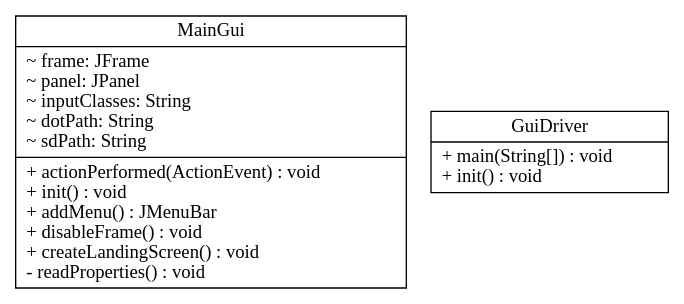
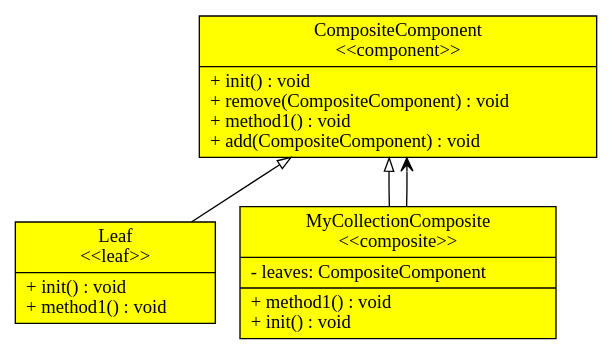
One commit to tpunt3/Csse374 changed the diagram in input_output/model.gv. Above: the diagram before and after it, drawn with Graphviz. The commit also changed 25 other files, not shown here.

```diff
--- a/input_output/model.gv
+++ b/input_output/model.gv
@@ -1,14 +1,22 @@
 digraph model{
 rankdir = BT;
-MainGui [
-shape="record",
-label = "{MainGui| ~ frame: JFrame\l~ panel: JPanel\l~ inputClasses: String\l~ dotPath: String\l~ sdPath: String\l|+ actionPerformed(ActionEvent) : void\l+ init() : void\l+ addMenu() : JMenuBar\l+ disableFrame() : void\l+ createLandingScreen() : void\l- readProperties() : void\l}"
+CompositeComponent [
+shape="record",style = filled,fillcolor=yellow
+label = "{CompositeComponent\n\<\<component\>\>|+ init() : void\l+ remove(CompositeComponent) : void\l+ method1() : void\l+ add(CompositeComponent) : void\l}"
 ];
 
-GuiDriver [
-shape="record",
-label = "{GuiDriver| + main(String[]) : void\l+ init() : void\l}"
+Leaf [
+shape="record",style = filled,fillcolor=yellow
+label = "{Leaf\n\<\<leaf\>\>|+ init() : void\l+ method1() : void\l}"
+];
+
+MyCollectionComposite [
+shape="record",style = filled,fillcolor=yellow
+label = "{MyCollectionComposite\n\<\<composite\>\>|- leaves: CompositeComponent\l|+ method1() : void\l+ init() : void\l}"
 ];
 
 //writing relations between classes now
+Leaf -> CompositeComponent [arrowhead = "empty"];
+MyCollectionComposite -> CompositeComponent [arrowhead = "empty"];
+MyCollectionComposite -> CompositeComponent [arrowhead = "vee"];
 }
```
